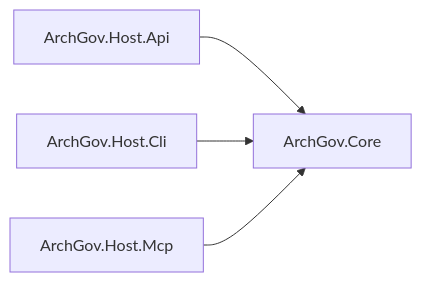
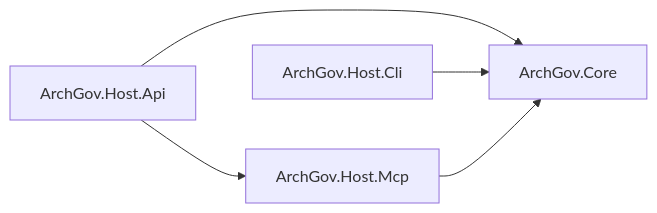
Before and after one commit to MarcelRoozekrans/Ariadne.NET: the third of 4 diagrams in docs-site/docs/how-it-works/02-architecture.md, drawn with Mermaid. The commit also changed other lines of this file and 10 other files, not shown here.

````diff
--- a/docs-site/docs/how-it-works/02-architecture.md
+++ b/docs-site/docs/how-it-works/02-architecture.md
@@ -57,6 +56,7 @@
 ```mermaid
 graph LR
     Api["ArchGov.Host.Api"] --> Core["ArchGov.Core"]
+    Api --> Mcp
     Cli["ArchGov.Host.Cli"] --> Core
     Mcp["ArchGov.Host.Mcp"] --> Core
 ```
````
